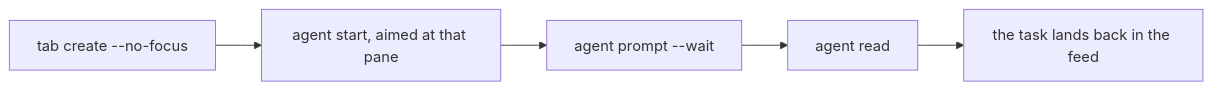
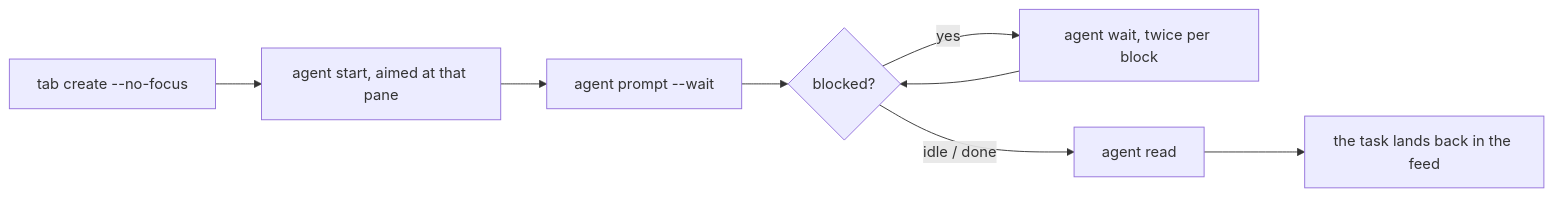
One commit to itstc/workwork changed the fourth of 4 diagrams in src/tools/README.md. Above: the diagram before and after it, drawn with Mermaid. The commit also changed other lines of this file and 12 other files, not shown here.

Commit message:
fix: remove q for exit and block herdr agent in working pool

````diff
--- a/src/tools/README.md
+++ b/src/tools/README.md
@@ -114,7 +119,10 @@
 ```mermaid
 flowchart LR
     create["tab create --no-focus"] --> start["agent start, aimed at that pane"]
     start --> prompt["agent prompt --wait"]
-    prompt --> read["agent read"]
+    prompt --> hold{"blocked?"}
+    hold -- "yes" --> wait["agent wait, twice per block"]
+    wait --> hold
+    hold -- "idle / done" --> read["agent read"]
     read --> feed["the task lands back in the feed"]
 ```
````
